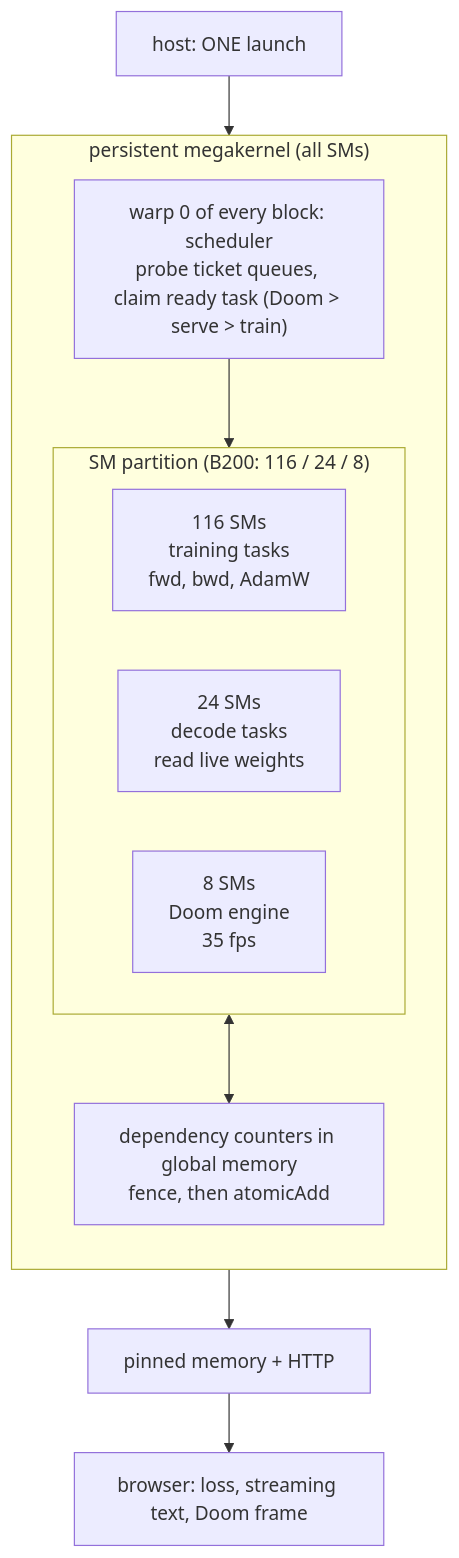
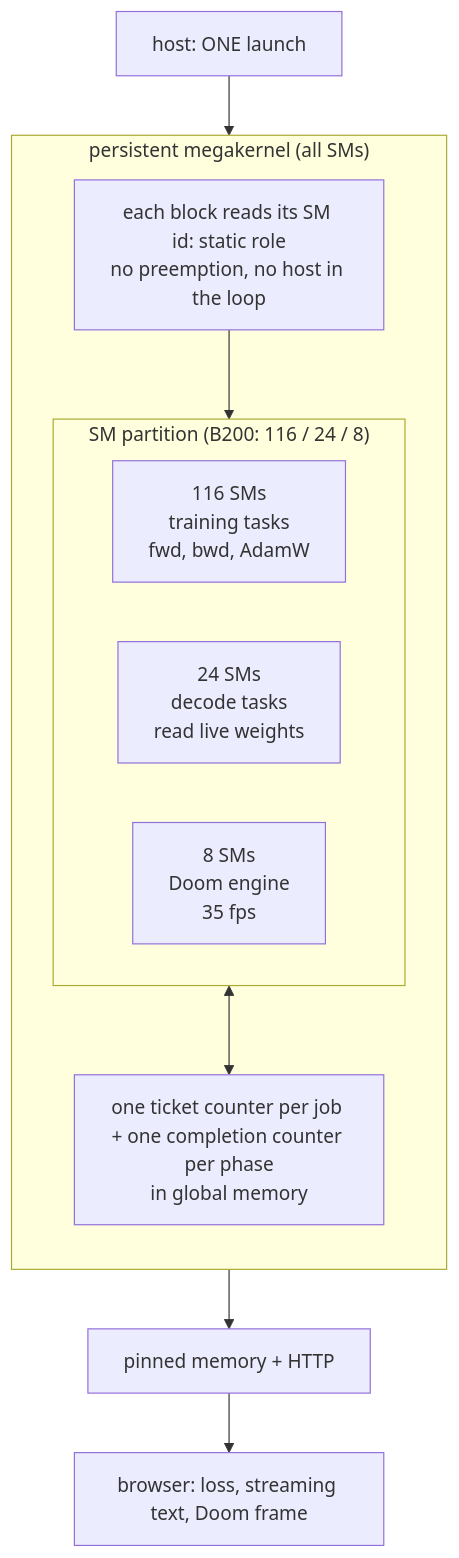
The first of 3 diagrams in README.md (Bobliuuu/open-flapping-airplanes), drawn with Mermaid before and after one commit. The commit also changed other lines of this file and 2 other files, not shown here.

First line of the commit message:
docs: describe the LLM megakernel's scheduler as it is in the code

````diff
--- a/README.md
+++ b/README.md
@@ -111,18 +115,18 @@
 ```mermaid
 flowchart TB
     H["host: ONE launch"] --> K
     subgraph K["persistent megakernel (all SMs)"]
         direction TB
-        S["warp 0 of every block: scheduler<br/>probe ticket queues, claim ready task (Doom > serve > train)"]
+        S["each block reads its SM id: static role<br/>no preemption, no host in the loop"]
         subgraph P["SM partition (B200: 116 / 24 / 8)"]
             direction LR
             T["116 SMs<br/>training tasks<br/>fwd, bwd, AdamW"]
             I["24 SMs<br/>decode tasks<br/>read live weights"]
             D["8 SMs<br/>Doom engine<br/>35 fps"]
         end
         S --> P
-        C["dependency counters in global memory<br/>fence, then atomicAdd"]
+        C["one ticket counter per job + one completion counter per phase<br/>in global memory"]
         P <--> C
     end
     K --> W["pinned memory + HTTP"] --> B["browser: loss, streaming text, Doom frame"]
 ```
````
